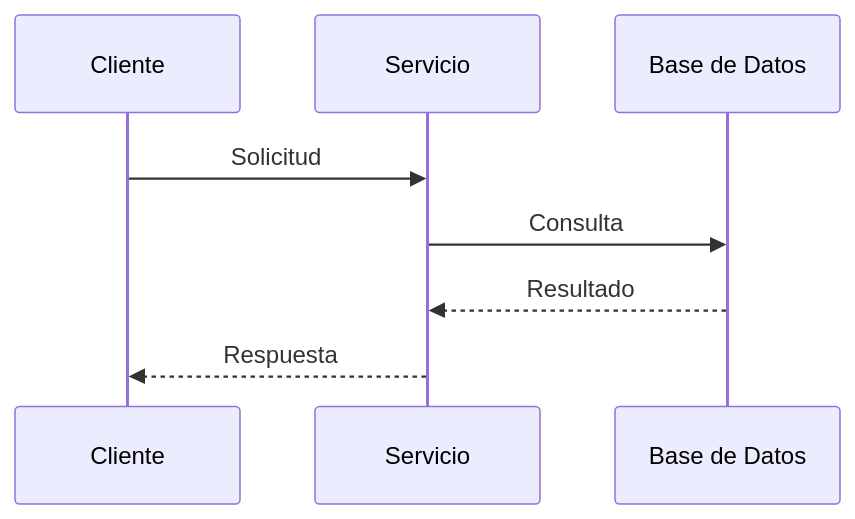
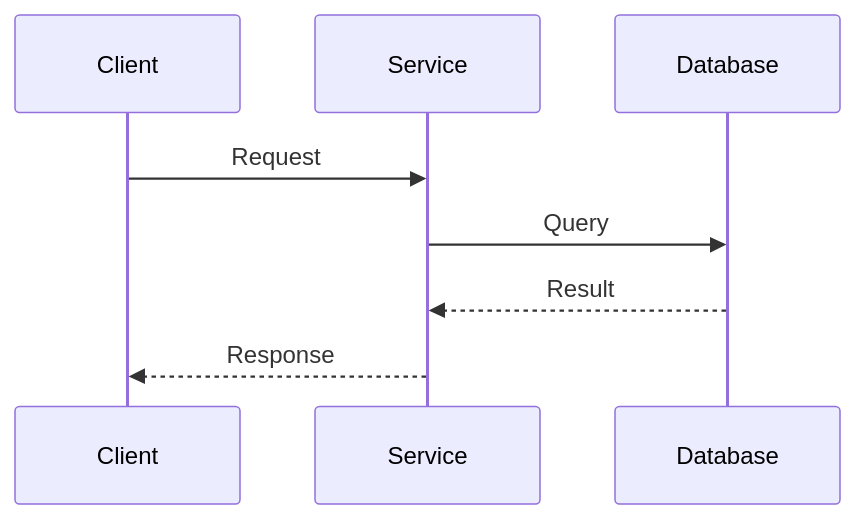
Before and after one commit to Daniel50726/Documentacion-Trabajo-de-Grado: the diagram in architecture/process-view/view.md, drawn with Mermaid. The commit also changed other lines of this file and 20 other files, not shown here.

Commit message:
docs: enrich BDD feature specs, update architecture views, and add AGENTS guide

````diff
--- a/architecture/process-view/view.md
+++ b/architecture/process-view/view.md
@@ -29,10 +27,10 @@
 ```mermaid
 sequenceDiagram
-    participant C as Cliente
-    participant S as Servicio
-    participant D as Base de Datos
-    C->>S: Solicitud
-    S->>D: Consulta
-    D-->>S: Resultado
-    S-->>C: Respuesta
+    participant C as Client
+    participant S as Service
+    participant D as Database
+    C->>S: Request
+    S->>D: Query
+    D-->>S: Result
+    S-->>C: Response
 ```
````
